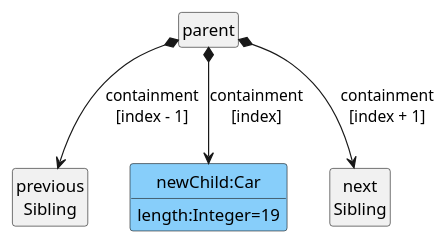
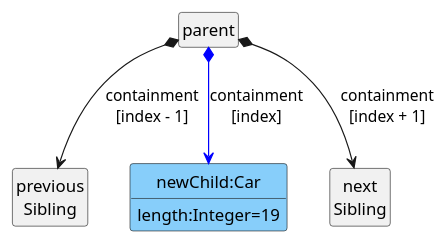
Before and after one commit to LionWeb-io/specification: diagram 21 of 36 in delta/delta-api.adoc, drawn with PlantUML. The commit also changed other lines of this file, not shown here.

Commit message:
more red/blue colors in diagrams

```diff
--- a/delta/delta-api.adoc
+++ b/delta/delta-api.adoc
@@ -772,17 +772,17 @@
 [plantuml, addChild-after, svg]
 ----
 hide empty members
 hide circles
 
 class parent
 
 class "previous\nSibling" as previousSibling
 class "newChild:Car" as newChild #LightSkyBlue {
   length:Integer=19
 }
 class "next\nSibling" as nextSibling
 
 parent *--> previousSibling: containment\n[index - 1]
-parent *--> newChild: containment\n[index]
+parent *--> newChild #Blue: containment\n[index]
 parent *--> nextSibling: containment\n[index + 1]
 ----
```
